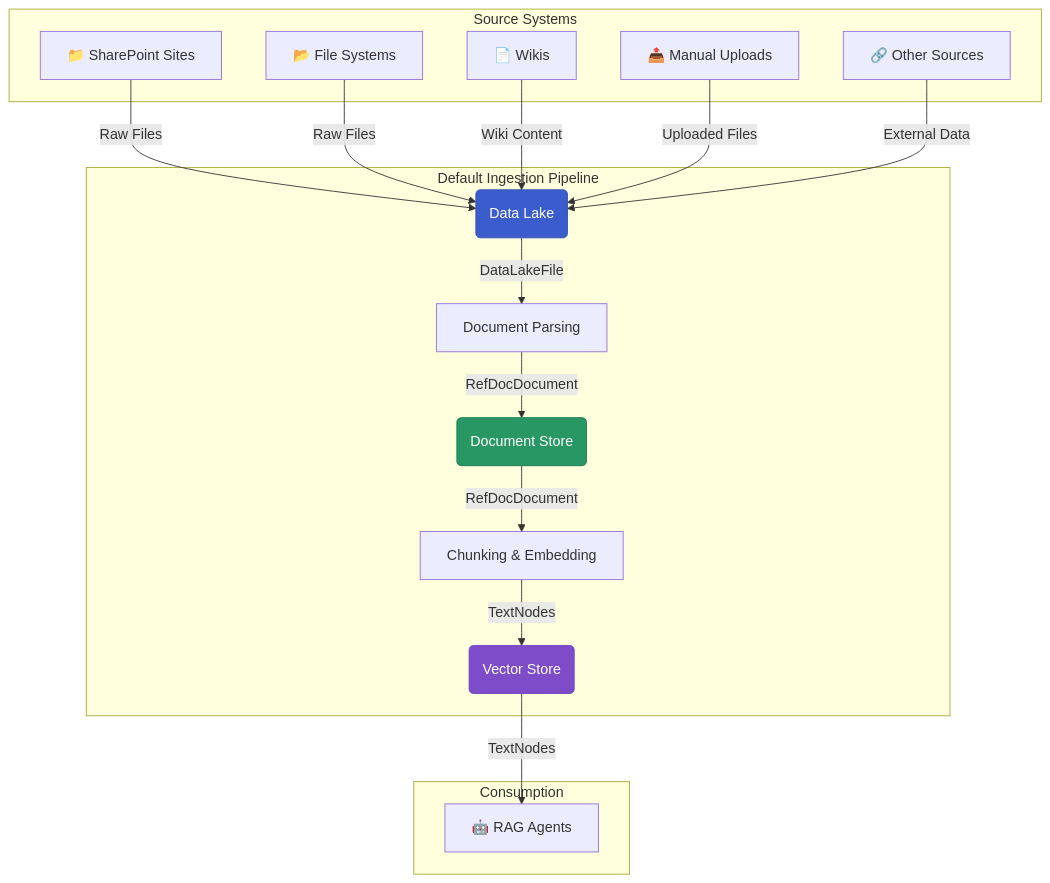
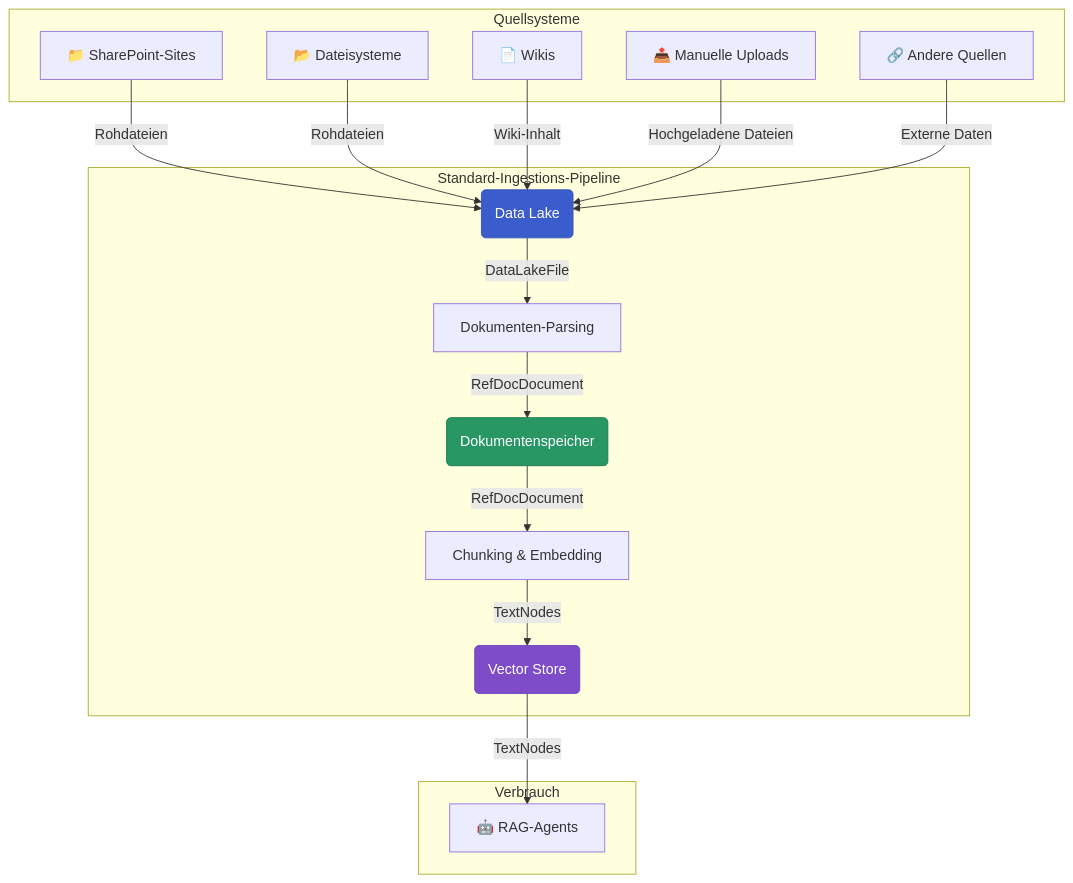
The diagram in docs/docs/3_sdk/3_building_pipelines/index.de.md (bbvch-ai/aihub-core), drawn with Mermaid before and after one commit. The commit also changed other lines of this file and 136 other files, not shown here.

````diff
--- a/docs/docs/3_sdk/3_building_pipelines/index.de.md
+++ b/docs/docs/3_sdk/3_building_pipelines/index.de.md
@@ -20,38 +16,38 @@
 ```mermaid
 graph TD
-    subgraph "Source Systems"
-        A["📁 SharePoint Sites"]
-        B["📂 File Systems"] 
+    subgraph "Quellsysteme"
+        A["📁 SharePoint-Sites"]
+        B["📂 Dateisysteme"] 
         C["📄 Wikis"]
-        D["📤 Manual Uploads"]
-        E["🔗 Other Sources"]
+        D["📤 Manuelle Uploads"]
+        E["🔗 Andere Quellen"]
     end
     
-    subgraph "Default Ingestion Pipeline"
+    subgraph "Standard-Ingestions-Pipeline"
         F("Data Lake")
-        G["Document Parsing"]
-        H("Document Store")
+        G["Dokumenten-Parsing"]
+        H("Dokumentenspeicher")
         I["Chunking & Embedding"]
         J("Vector Store")
     end
     
-    subgraph "Consumption" 
-        K["🤖 RAG Agents"]
+    subgraph "Verbrauch" 
+        K["🤖 RAG-Agents"]
     end
     
-    A -->|Raw Files| F
-    B -->|Raw Files| F  
-    C -->|Wiki Content| F
-    D -->|Uploaded Files| F
-    E -->|External Data| F
+    A -->|Rohdateien| F
+    B -->|Rohdateien| F  
+    C -->|Wiki-Inhalt| F
+    D -->|Hochgeladene Dateien| F
+    E -->|Externe Daten| F
     
     F -->|DataLakeFile| G
     G -->|RefDocDocument| H
     H -->|RefDocDocument| I
     I -->|TextNodes | J
     J -->|TextNodes | K  
     
     style F fill:#3a5ccc,stroke:#3451b2,color:#ffffff
     style H fill:#299764,stroke:#18794e,color:#ffffff  
     style J fill:#7e4cc9,stroke:#6f42c1,color:#ffffff
 ```
````
